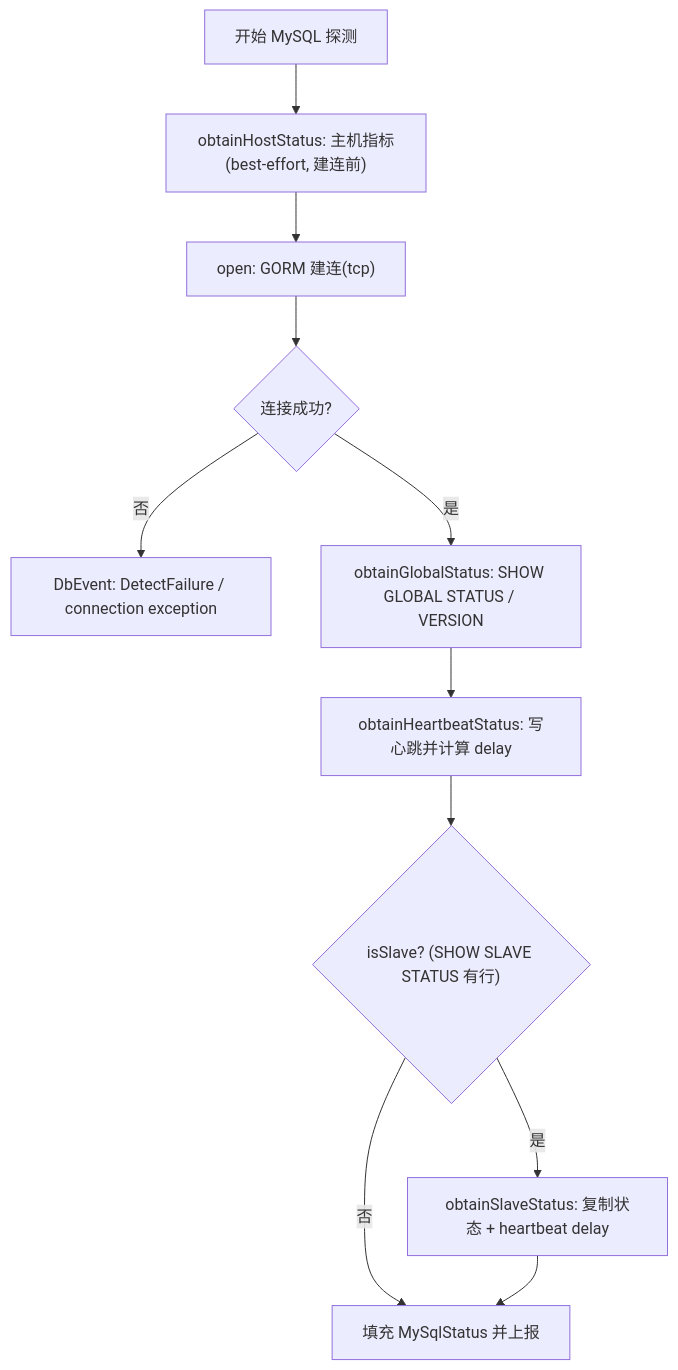
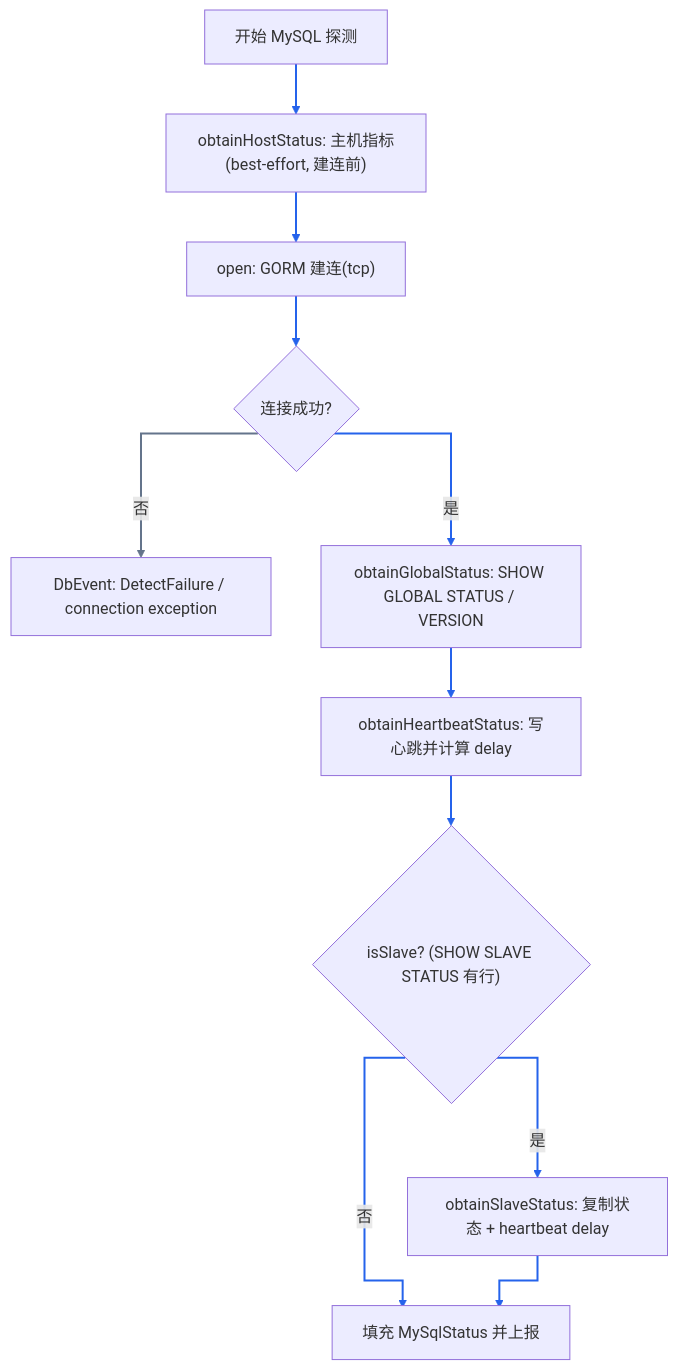
One commit to TencentBlueKing/blueking-dbm changed the first of 6 diagrams in dbm-services/common/dbha-v2/docs/detection/mysql-detection-design.md. Above: the diagram before and after it, drawn with Mermaid. The commit also changed other lines of this file and 8 other files, not shown here.

Commit message:
docs(dbha-v2): refine enter-window docs and Mermaid flowcharts. issue: #19000

````diff
--- a/dbm-services/common/dbha-v2/docs/detection/mysql-detection-design.md
+++ b/dbm-services/common/dbha-v2/docs/detection/mysql-detection-design.md
@@ -137,13 +139,21 @@
 ```mermaid
+---
+config:
+  flowchart:
+    curve: stepAfter
+---
 flowchart TD
   start["开始 MySQL 探测"] --> host["obtainHostStatus: 主机指标(best-effort, 建连前)"]
   host --> open["open: GORM 建连(tcp)"]
   open --> connOk{"连接成功?"}
   connOk -->|"否"| event["DbEvent: DetectFailure / connection exception"]
   connOk -->|"是"| global["obtainGlobalStatus: SHOW GLOBAL STATUS / VERSION"]
   global --> hb["obtainHeartbeatStatus: 写心跳并计算 delay"]
   hb --> isSlave{"isSlave? (SHOW SLAVE STATUS 有行)"}
   isSlave -->|"是"| slave["obtainSlaveStatus: 复制状态 + heartbeat delay"]
   isSlave -->|"否"| value["填充 MySqlStatus 并上报"]
   slave --> value
+
+  linkStyle 0,1,2,4,5,6,7,8,9 stroke:#2563eb,stroke-width:2px
+  linkStyle 3 stroke:#64748b,stroke-width:2px
 ```
````
